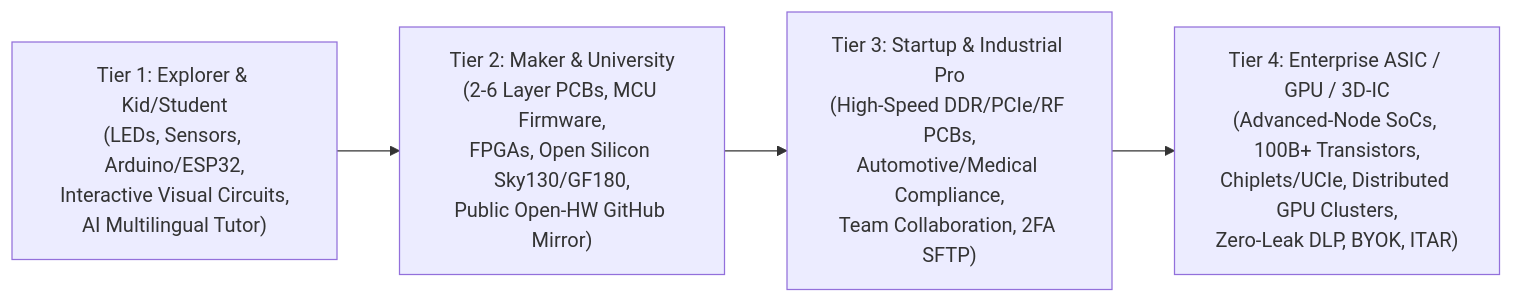
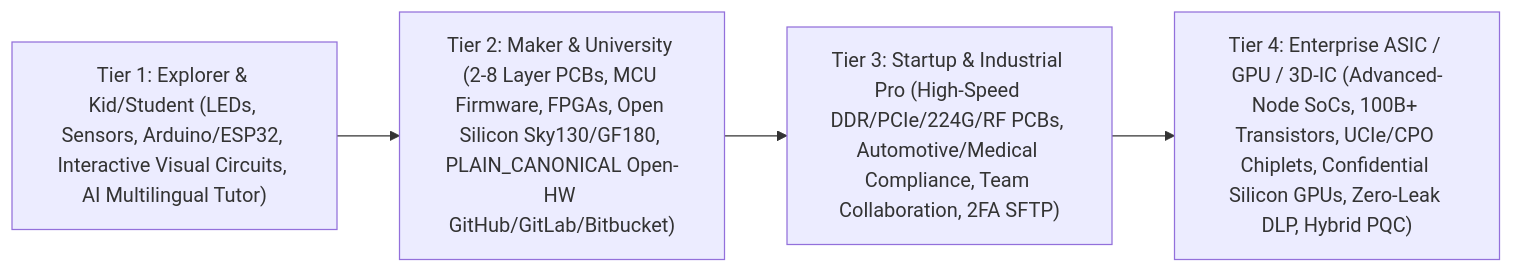
Before and after one commit to the-code-master/signal: the first of 2 diagrams in architecture/14-universal-scale-accessibility-and-expandability.md, drawn with Mermaid. The commit also changed other lines of this file and 22 other files, not shown here.

Commit message:
docs: resolve 112 architectural flaws, add 12 futuristic AI-EDA innovations, and complete 2-pass scrub

````diff
--- a/architecture/14-universal-scale-accessibility-and-expandability.md
+++ b/architecture/14-universal-scale-accessibility-and-expandability.md
@@ -15,7 +15,7 @@
 ```mermaid
 flowchart LR
-    T1["Tier 1: Explorer & Kid/Student\n(LEDs, Sensors, Arduino/ESP32,\nInteractive Visual Circuits,\nAI Multilingual Tutor)"]
-    --> T2["Tier 2: Maker & University\n(2-6 Layer PCBs, MCU Firmware,\nFPGAs, Open Silicon Sky130/GF180,\nPublic Open-HW GitHub Mirror)"]
-    --> T3["Tier 3: Startup & Industrial Pro\n(High-Speed DDR/PCIe/RF PCBs,\nAutomotive/Medical Compliance,\nTeam Collaboration, 2FA SFTP)"]
-    --> T4["Tier 4: Enterprise ASIC / GPU / 3D-IC\n(Advanced-Node SoCs, 100B+ Transistors,\nChiplets/UCIe, Distributed GPU Clusters,\nZero-Leak DLP, BYOK, ITAR)"]
+    T1["Tier 1: Explorer & Kid/Student (LEDs, Sensors, Arduino/ESP32, Interactive Visual Circuits, AI Multilingual Tutor)"]
+    --> T2["Tier 2: Maker & University (2-8 Layer PCBs, MCU Firmware, FPGAs, Open Silicon Sky130/GF180, PLAIN_CANONICAL Open-HW GitHub/GitLab/Bitbucket)"]
+    --> T3["Tier 3: Startup & Industrial Pro (High-Speed DDR/PCIe/224G/RF PCBs, Automotive/Medical Compliance, Team Collaboration, 2FA SFTP)"]
+    --> T4["Tier 4: Enterprise ASIC / GPU / 3D-IC (Advanced-Node SoCs, 100B+ Transistors, UCIe/CPO Chiplets, Confidential Silicon GPUs, Zero-Leak DLP, Hybrid PQC)"]
 ```
````
